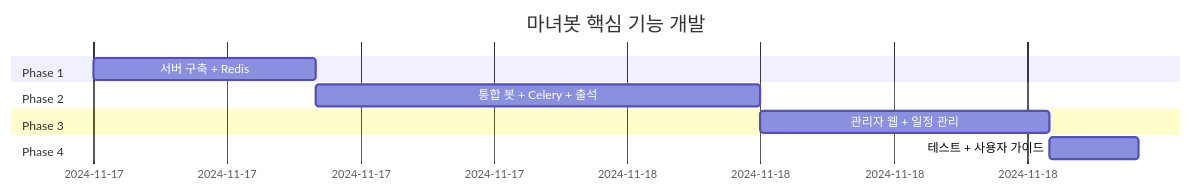
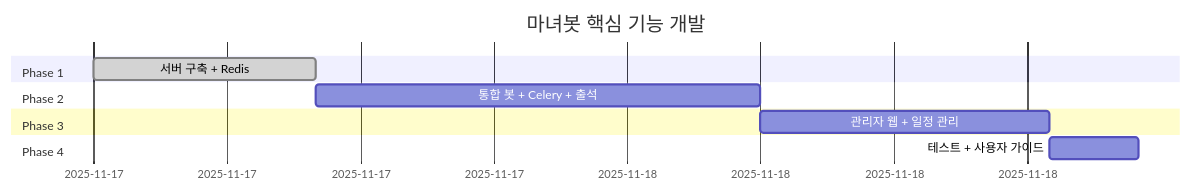
One commit to NinoNinoNinoling/commumanager changed the diagram in docs/로드맵.md. Above: the diagram before and after it, drawn with Mermaid. The commit also changed other lines of this file, not shown here.

Commit message:
Fix dates in roadmap: 2025-11-17 start, today is 2025-11-18

````diff
--- a/docs/로드맵.md
+++ b/docs/로드맵.md
@@ -9,13 +9,13 @@
 ```mermaid
 gantt
     title 마녀봇 핵심 기능 개발
     dateFormat  YYYY-MM-DD
     section Phase 1
-    서버 구축 + Redis      :p1, 2024-11-17, 10h
+    서버 구축 + Redis      :done, p1, 2025-11-17, 10h
     section Phase 2
     통합 봇 + Celery + 출석 :p2, after p1, 20h
     section Phase 3
     관리자 웹 + 일정 관리   :p3, after p2, 13h
     section Phase 4
     테스트 + 사용자 가이드 :p4, after p3, 4h
 ```
````
